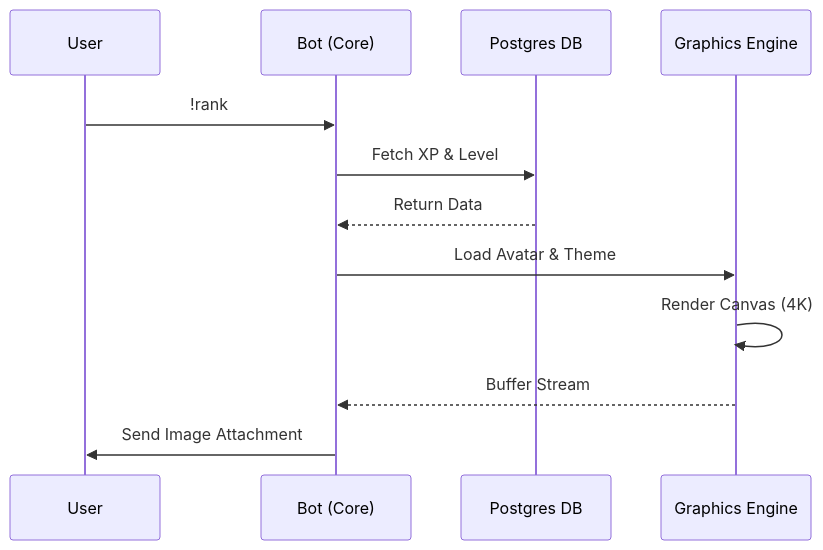
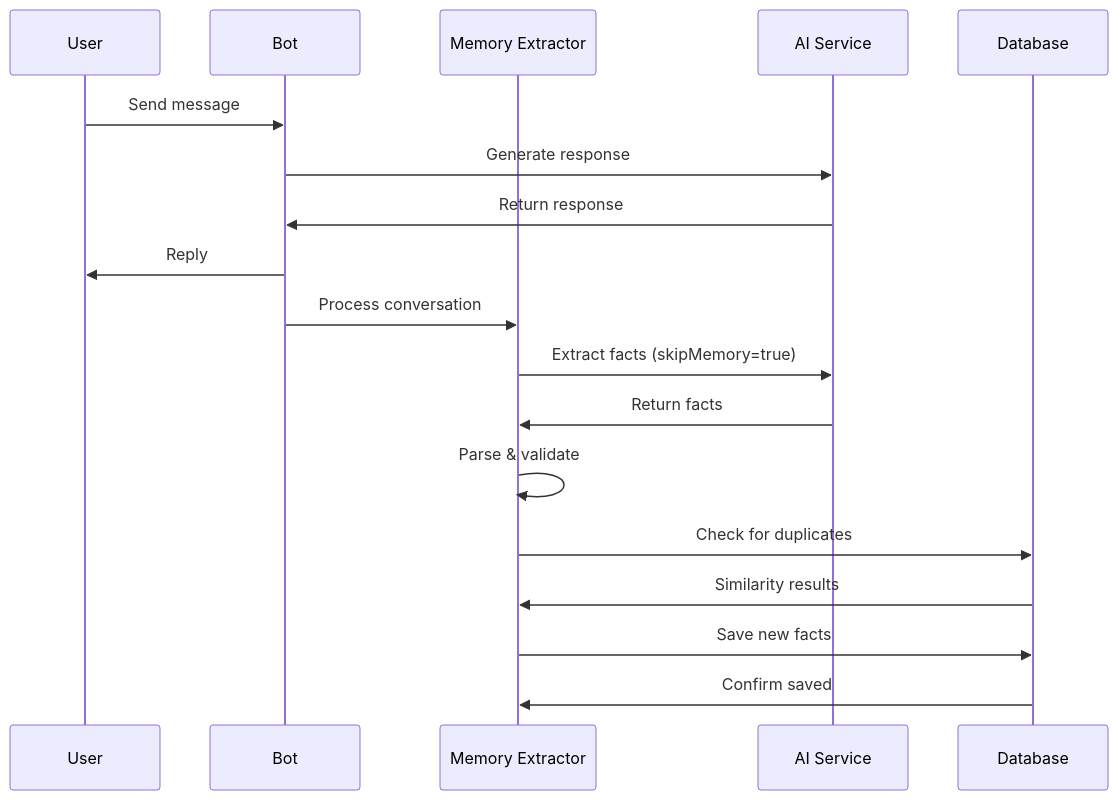
The fourth of 4 diagrams in README.md (ahmedtouzani/Raymond), drawn with Mermaid before and after one commit. The commit also changed other lines of this file and 3 other files, not shown here.

````diff
--- a/README.md
+++ b/README.md
@@ -100,15 +376,21 @@
 ```mermaid
 sequenceDiagram
     participant U as User
-    participant B as Bot (Core)
-    participant DB as Postgres DB
-    participant G as Graphics Engine
+    participant B as Bot
+    participant E as Memory Extractor
+    participant AI as AI Service
+    participant DB as Database
     
-    U->>B: !rank
-    B->>DB: Fetch XP & Level
-    DB-->>B: Return Data
-    B->>G: Load Avatar & Theme
-    G->>G: Render Canvas (4K)
-    G-->>B: Buffer Stream
-    B->>U: Send Image Attachment
+    U->>B: Send message
+    B->>AI: Generate response
+    AI->>B: Return response
+    B->>U: Reply
+    B->>E: Process conversation
+    E->>AI: Extract facts (skipMemory=true)
+    AI->>E: Return facts
+    E->>E: Parse & validate
+    E->>DB: Check for duplicates
+    DB->>E: Similarity results
+    E->>DB: Save new facts
+    DB->>E: Confirm saved
 ```
````
